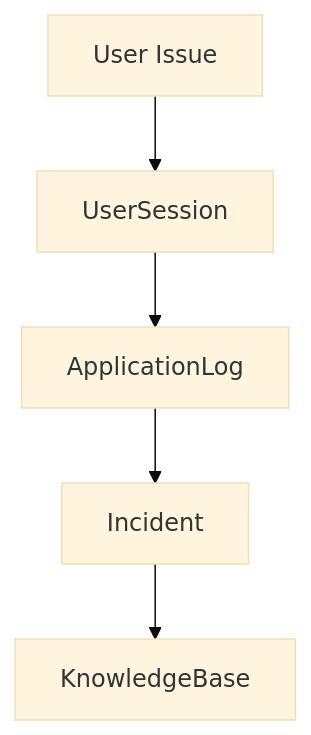
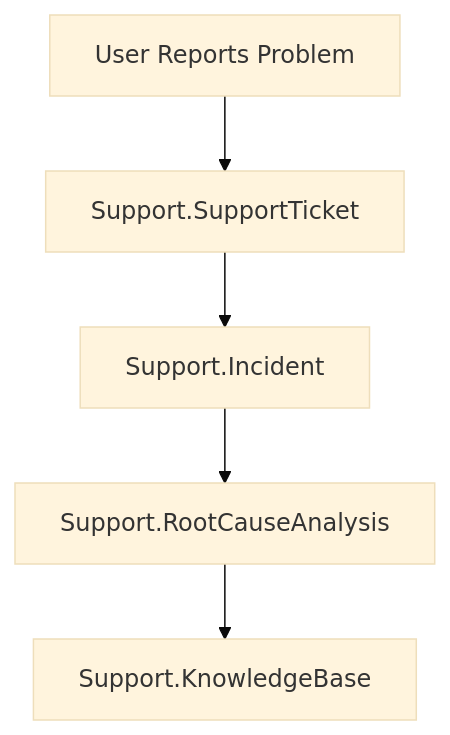
The fifth of 5 diagrams in docs/ERD.md (rbooze/manufacturing-erp-support), drawn with Mermaid (base theme) before and after one commit. The commit also changed other lines of this file and 5 other files, not shown here.

````diff
--- a/docs/ERD.md
+++ b/docs/ERD.md
@@ -302,22 +302,19 @@
 ```mermaid
 flowchart TD
 
-User[User Issue]
+    UserIssue[User Reports Problem]
 
-User
--->
-Session[UserSession]
+    Ticket[Support.SupportTicket]
 
-Session
--->
-Log[ApplicationLog]
+    Incident[Support.Incident]
 
-Log
--->
-Incident[Incident]
+    RCA[Support.RootCauseAnalysis]
 
-Incident
--->
-KB[KnowledgeBase]
+    KB[Support.KnowledgeBase]
 
+
+    UserIssue --> Ticket
+    Ticket --> Incident
+    Incident --> RCA
+    RCA --> KB
 ```
````
